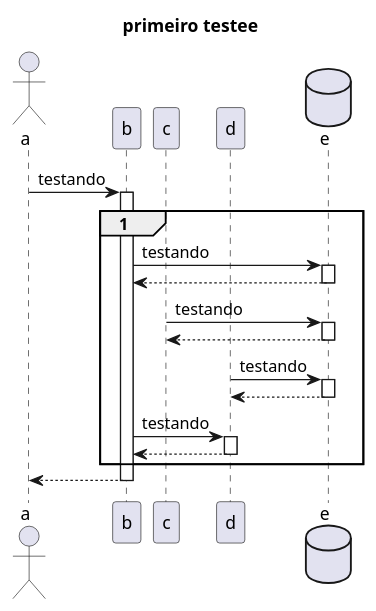
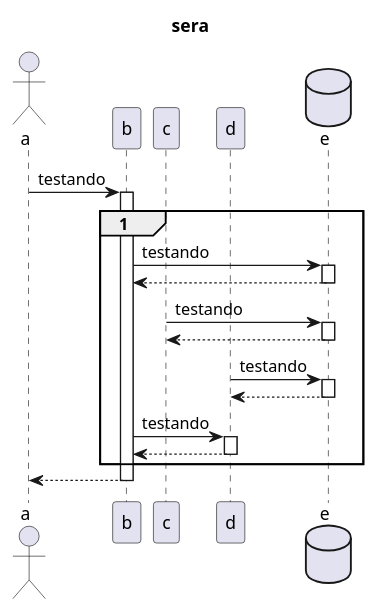
The diagram in docs/diagram/other.puml (lipefebn/spotify-crud), drawn with PlantUML before and after one commit. The commit also changed 1 other file, not shown here.

```diff
--- a/docs/diagram/other.puml
+++ b/docs/diagram/other.puml
@@ -1,24 +1,25 @@
 @startuml
 
 title primeiro testee
+title sera
 
 actor a
 participant b
 participant c
 participant d
 database    e
 
 a -> b ++ : testando
 group 1
     b -> e ++ : testando
     return
     c -> e ++ : testando
     return
     d -> e ++ : testando
     return
     b -> d ++ : testando
     return
 end
 return
 
 @enduml
```
